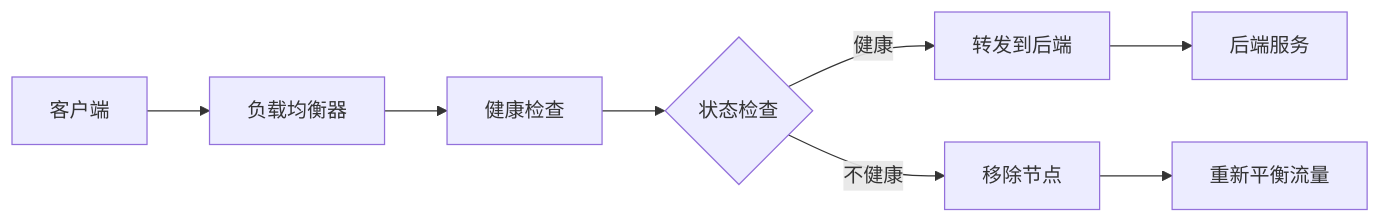
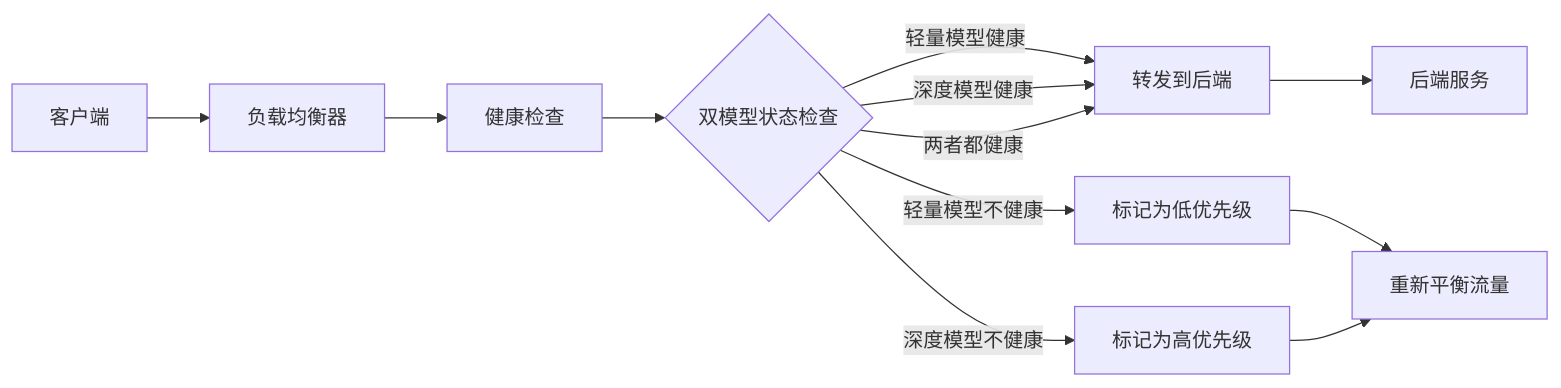
The eighth of 8 diagrams in .qoder/repowiki/zh/content/API参考文档/健康检查接口.md (aHin0805/FH6CarSettingAgent), drawn with Mermaid before and after one commit. The commit also changed other lines of this file and 59 other files, not shown here.

````diff
--- a/.qoder/repowiki/zh/content/API参考文档/健康检查接口.md
+++ b/.qoder/repowiki/zh/content/API参考文档/健康检查接口.md
@@ -383,10 +434,14 @@
 ```mermaid
 flowchart LR
 A[客户端] --> B[负载均衡器]
 B --> C[健康检查]
-C --> D{状态检查}
-D --> |健康| E[转发到后端]
-D --> |不健康| F[移除节点]
-E --> G[后端服务]
-F --> H[重新平衡流量]
+C --> D{双模型状态检查}
+D --> |轻量模型健康| E[转发到后端]
+D --> |深度模型健康| E
+D --> |两者都健康| E
+D --> |轻量模型不健康| F[标记为低优先级]
+D --> |深度模型不健康| G[标记为高优先级]
+E --> H[后端服务]
+F --> I[重新平衡流量]
+G --> I
 ```
````
